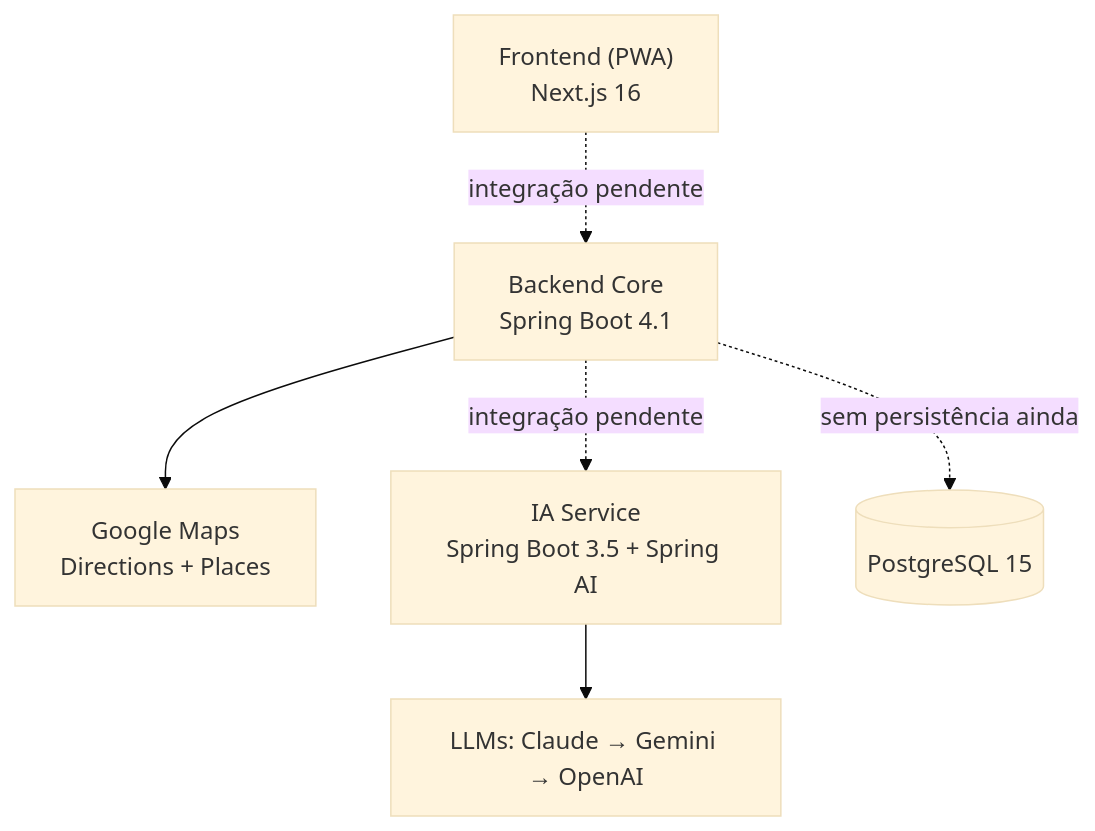
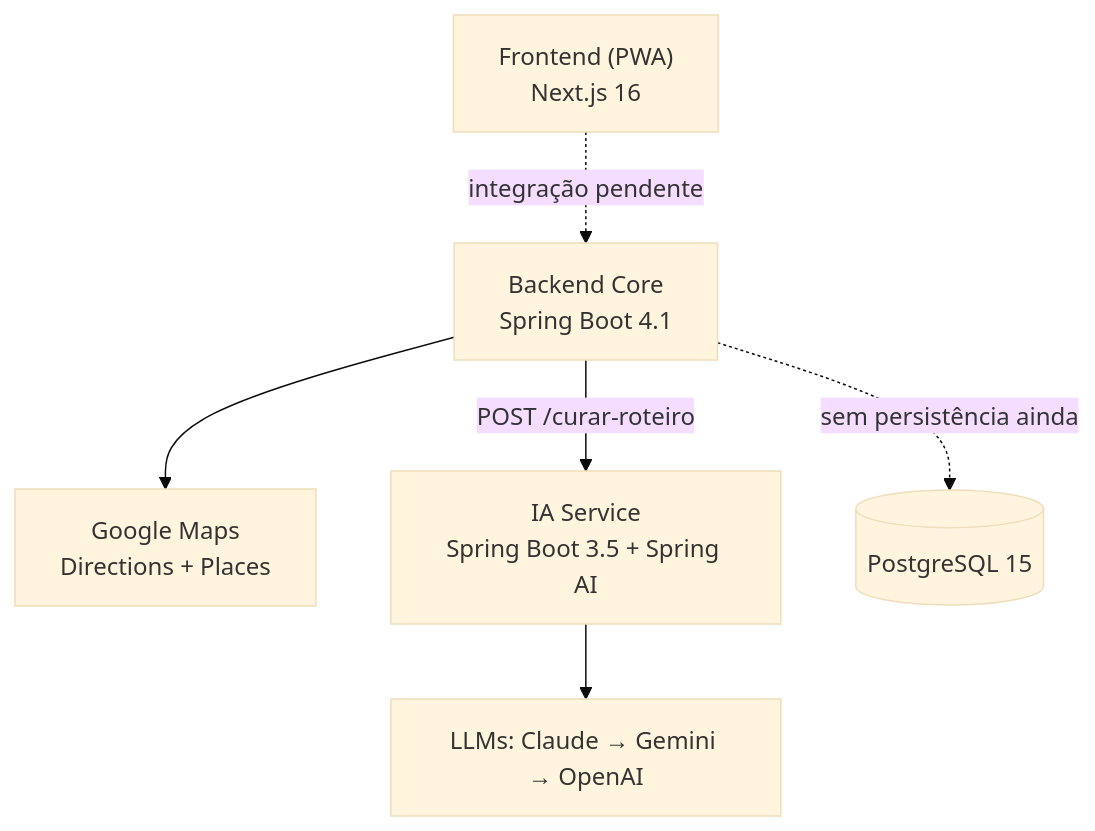
One commit to KyuCorporation/KYR changed the diagram in README.md. Above: the diagram before and after it, drawn with Mermaid (base theme). The commit also changed other lines of this file and 1 other file, not shown here.

````diff
--- a/README.md
+++ b/README.md
@@ -19,8 +19,8 @@
 ```mermaid
 flowchart TD
     A["Frontend (PWA)<br/>Next.js 16"] -.->|integração pendente| C["Backend Core<br/>Spring Boot 4.1"]
     C --> G["Google Maps<br/>Directions + Places"]
-    C -.->|integração pendente| E["IA Service<br/>Spring Boot 3.5 + Spring AI"]
+    C -->|POST /curar-roteiro| E["IA Service<br/>Spring Boot 3.5 + Spring AI"]
     C -.->|sem persistência ainda| D[("PostgreSQL 15")]
     E --> F["LLMs: Claude → Gemini → OpenAI"]
 ```
````
